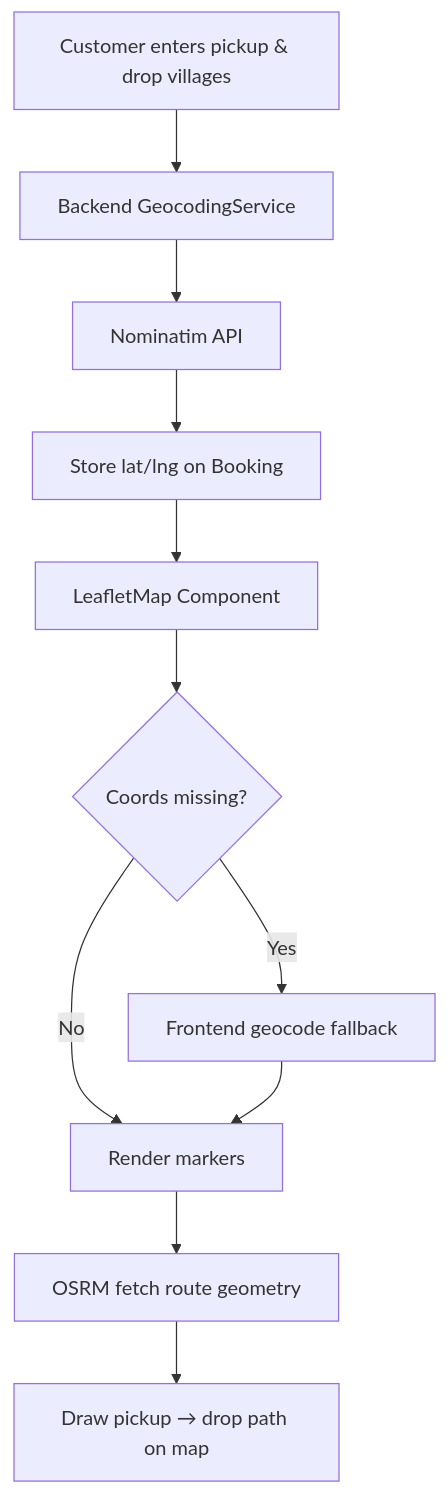
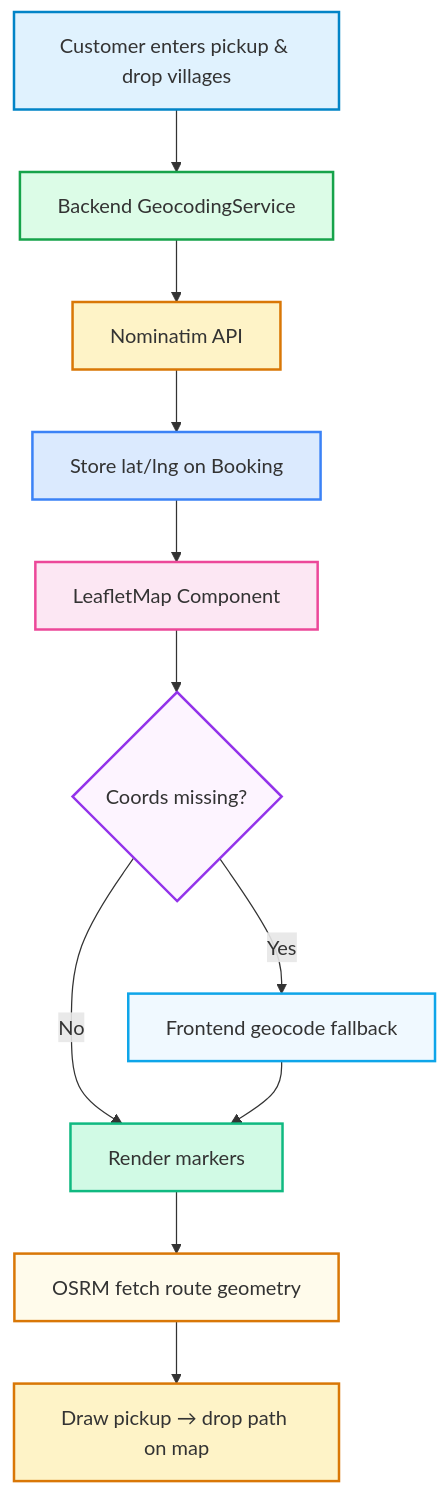
One commit to maheshshinde9100/LocalCab changed the eighth of 8 diagrams in README.md. Above: the diagram before and after it, drawn with Mermaid. The commit also changed other lines of this file and 2 other files, not shown here.

````diff
--- a/README.md
+++ b/README.md
@@ -288,13 +349,23 @@
 ```mermaid
 flowchart TD
     A[Customer enters pickup & drop villages] --> B[Backend GeocodingService]
+    style A fill:#e0f2fe,stroke:#0284c7,stroke-width:2px
+    style B fill:#dcfce7,stroke:#16a34a,stroke-width:2px
     B --> C[Nominatim API]
+    style C fill:#fef3c7,stroke:#d97706,stroke-width:2px
     C --> D[Store lat/lng on Booking]
+    style D fill:#dbeafe,stroke:#3b82f6,stroke-width:2px
     D --> E[LeafletMap Component]
+    style E fill:#fce7f3,stroke:#ec4899,stroke-width:2px
     E --> F{Coords missing?}
+    style F fill:#fdf4ff,stroke:#9333ea,stroke-width:2px
     F -->|Yes| G[Frontend geocode fallback]
+    style G fill:#f0f9ff,stroke:#0ea5e9,stroke-width:2px
     F -->|No| H[Render markers]
+    style H fill:#d1fae5,stroke:#10b981,stroke-width:2px
     G --> H
     H --> I[OSRM fetch route geometry]
+    style I fill:#fffbeb,stroke:#d97706,stroke-width:2px
     I --> J[Draw pickup → drop path on map]
+    style J fill:#fef3c7,stroke:#d97706,stroke-width:2px
 ```
````
